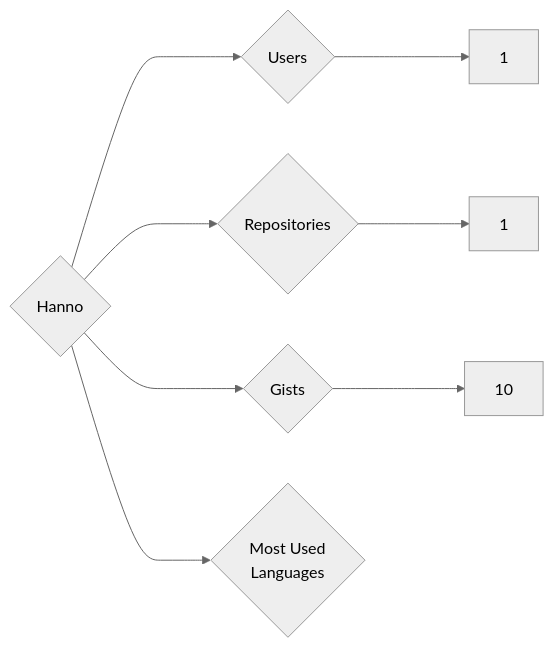
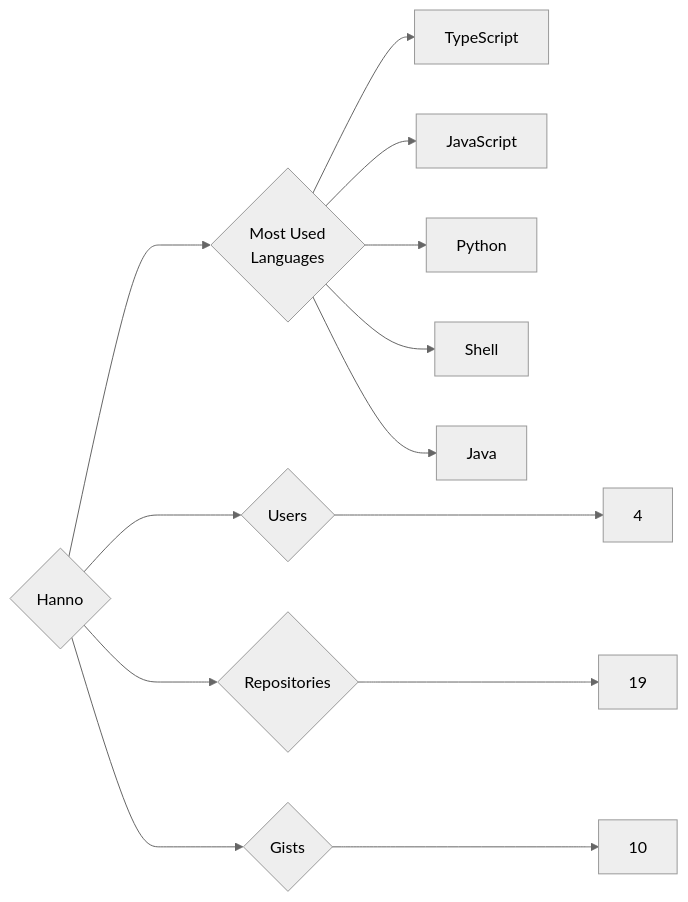
The diagram in targets/Hanno/README.md (trickest/insiders), drawn with Mermaid (neutral theme) before and after one commit. The commit also changed 1141 other files, not shown here.

````diff
--- a/targets/Hanno/README.md
+++ b/targets/Hanno/README.md
@@ -3,8 +3,13 @@
 ```mermaid
 graph LR
 COMPANY_NAME{Hanno}
-COMPANY_NAME ---> U{Users} ---> UN[1]
-COMPANY_NAME ---> R{Repositories} ---> RN[1]
+COMPANY_NAME ---> U{Users} ---> UN[4]
+COMPANY_NAME ---> R{Repositories} ---> RN[19]
 COMPANY_NAME ---> G{Gists} ---> GN[10]
 COMPANY_NAME ---> ML{Most Used<br>Languages}
+ML --> TypeScript[TypeScript]
+ML --> JavaScript[JavaScript]
+ML --> Python[Python]
+ML --> Shell[Shell]
+ML --> Java[Java]
 ```
````
